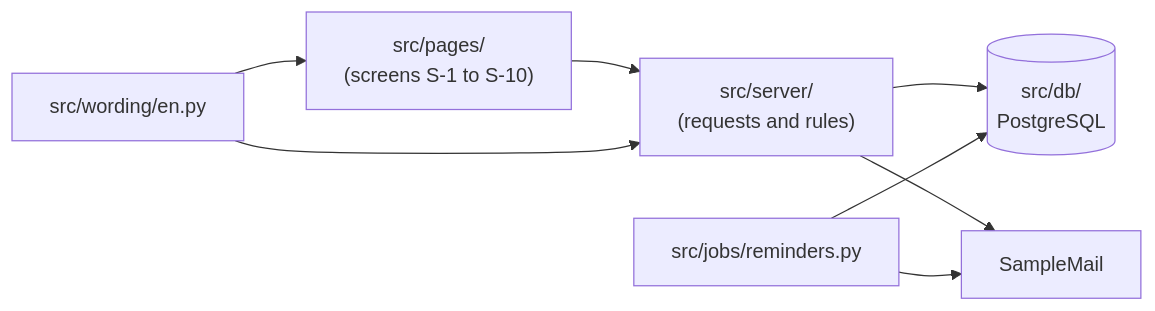
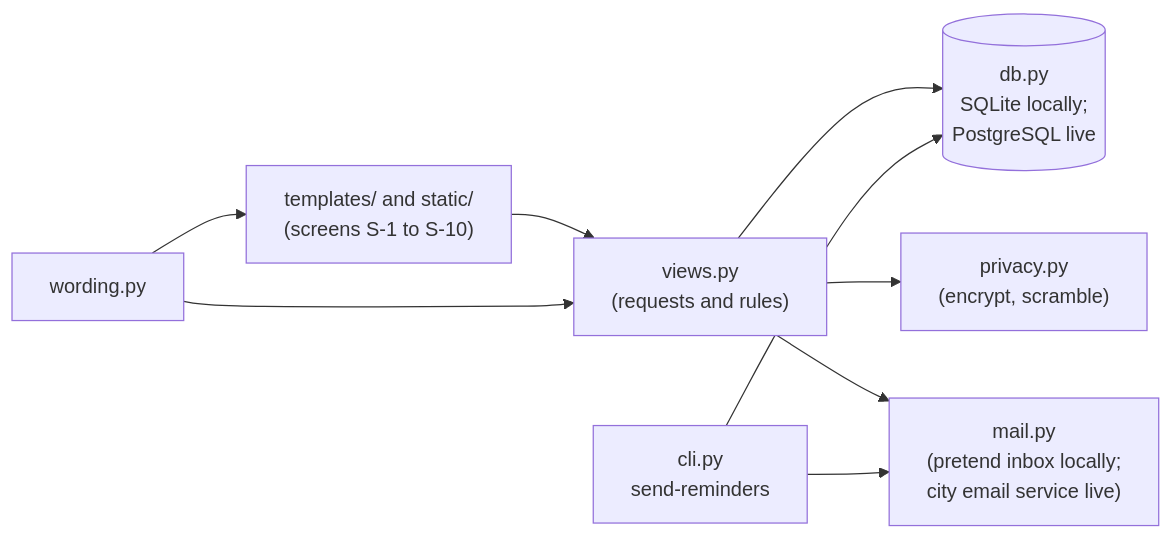
One commit to b0ts/ai_assisted_sdlc_workflow changed the diagram in samples/BeautifulBeachParkVolunteers/docs/d08-02-developer-guide.md. Above: the diagram before and after it, drawn with Mermaid. The commit also changed other lines of this file and 87 other files, not shown here.

````diff
--- a/samples/BeautifulBeachParkVolunteers/docs/d08-02-developer-guide.md
+++ b/samples/BeautifulBeachParkVolunteers/docs/d08-02-developer-guide.md
@@ -34,10 +37,11 @@
 ```mermaid
 flowchart LR
-    P["src/pages/<br/>(screens S-1 to S-10)"] --> S["src/server/<br/>(requests and rules)"]
-    S --> D[("src/db/<br/>PostgreSQL")]
-    J["src/jobs/reminders.py"] --> D
-    S --> M["SampleMail"]
+    P["templates/ and static/<br/>(screens S-1 to S-10)"] --> S["views.py<br/>(requests and rules)"]
+    S --> D[("db.py<br/>SQLite locally;<br/>PostgreSQL live")]
+    J["cli.py<br/>send-reminders"] --> D
+    S --> V["privacy.py<br/>(encrypt, scramble)"]
+    S --> M["mail.py<br/>(pretend inbox locally;<br/>city email service live)"]
     J --> M
-    W["src/wording/en.py"] --> P
+    W["wording.py"] --> P
     W --> S
 ```
````
